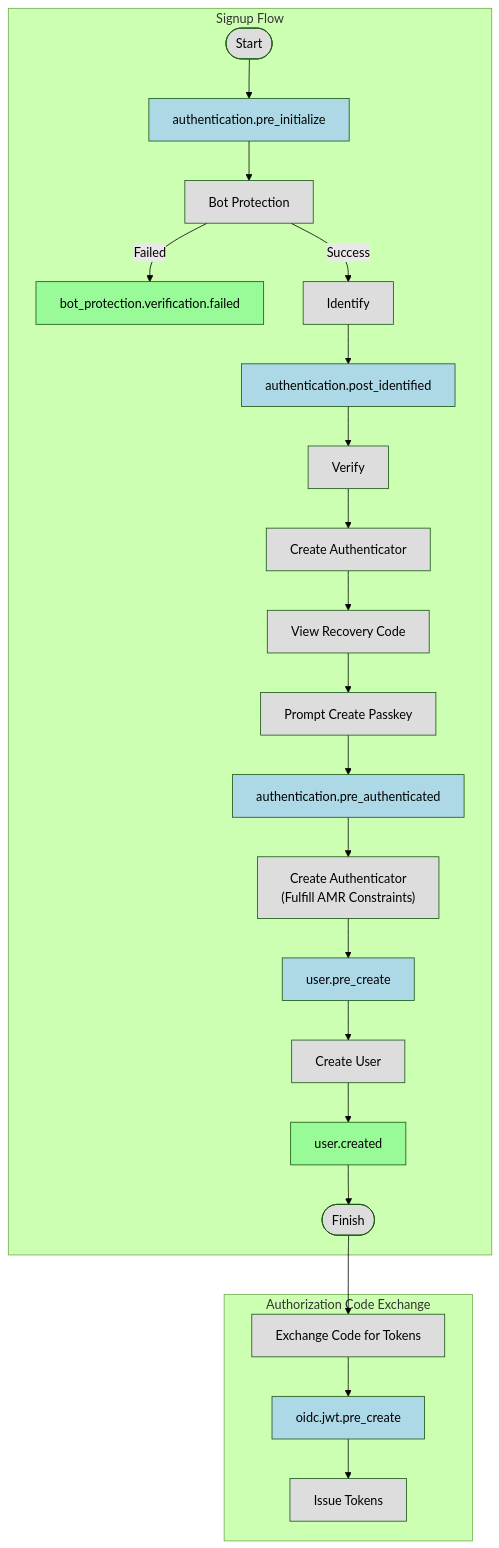
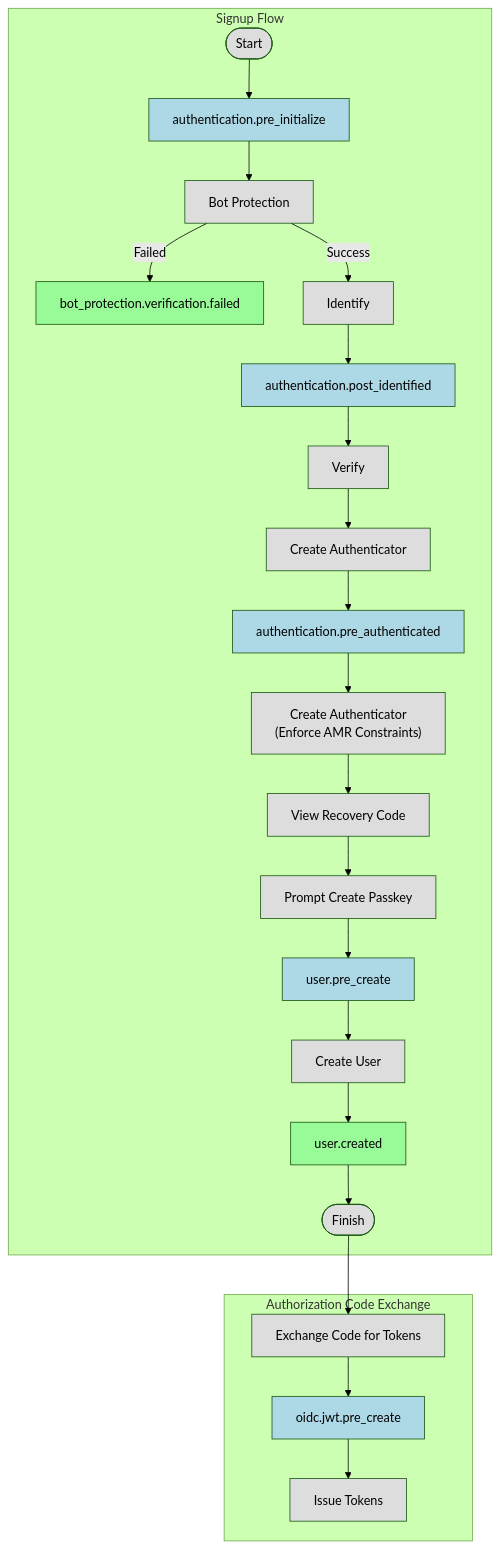
The second of 3 diagrams in docs/specs/event.md (authgear/authgear-server), drawn with Mermaid (forest theme) before and after one commit. The commit also changed other lines of this file and 1 other file, not shown here.

Commit message:
Document new step type trigger_event and enforce_constraints_amr

````diff
--- a/docs/specs/event.md
+++ b/docs/specs/event.md
@@ -942,36 +994,36 @@
 ```mermaid
 flowchart TD
     subgraph "Signup Flow"
         Start([Start])
         Start --> AuthenticationPreInitialize[authentication.pre_initialize]
         AuthenticationPreInitialize --> BotProtection[Bot Protection]
         BotProtection -- "Failed" --> BotProtectionVerificationFailed[bot_protection.verification.failed]
         BotProtection -- "Success" --> Identify[Identify]
         Identify --> AuthenticationPostIdentified[authentication.post_identified]
         AuthenticationPostIdentified --> Verify[Verify]
         Verify --> CreateAuthenticator[Create Authenticator]
-        CreateAuthenticator --> ViewRecoveryCode[View Recovery Code]
+        CreateAuthenticator --> AuthenticationPreAuthenticated[authentication.pre_authenticated]
+        AuthenticationPreAuthenticated --> CreateAuthenticatorAdaptive["Create Authenticator<br>(Enforce AMR Constraints)"]
+        CreateAuthenticatorAdaptive --> ViewRecoveryCode[View Recovery Code]
         ViewRecoveryCode --> PromptCreatePasskey[Prompt Create Passkey]
-        PromptCreatePasskey --> AuthenticationPreAuthenticated[authentication.pre_authenticated]
-        AuthenticationPreAuthenticated --> CreateAuthenticatorAdaptive["Create Authenticator<br>(Fulfill AMR Constraints)"]
-        CreateAuthenticatorAdaptive --> UserPreCreate[user.pre_create]
+        PromptCreatePasskey --> UserPreCreate[user.pre_create]
         UserPreCreate --> CreateUser[Create User]
         CreateUser --> UserCreated[user.created]
         UserCreated --> FinishSignup([Finish])
     end
 
     subgraph "Authorization Code Exchange"
         ExchangeCode[Exchange Code for Tokens]
         ExchangeCode --> OIDCJWTPreCreate[oidc.jwt.pre_create]
         OIDCJWTPreCreate --> IssueTokens[Issue Tokens]
     end
 
     FinishSignup --> ExchangeCode
 
-    classDef event fill:#98FB98
-    classDef blockingEvent fill:#ADD8E6
-    classDef processNode fill:#dddddd
+    classDef event fill:#98FB98,color:#000000
+    classDef blockingEvent fill:#ADD8E6,color:#000000
+    classDef processNode fill:#dddddd,color:#000000
     class BotProtectionVerificationFailed,UserCreated event
     class AuthenticationPreInitialize,AuthenticationPostIdentified,AuthenticationPreAuthenticated,UserPreCreate,OIDCJWTPreCreate blockingEvent
     class Start,BotProtection,Identify,Verify,CreateAuthenticator,ViewRecoveryCode,PromptCreatePasskey,CreateAuthenticatorAdaptive,CreateUser,FinishSignup,ExchangeCode,IssueTokens processNode
 ```
````
